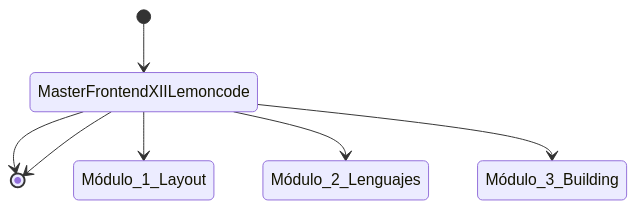
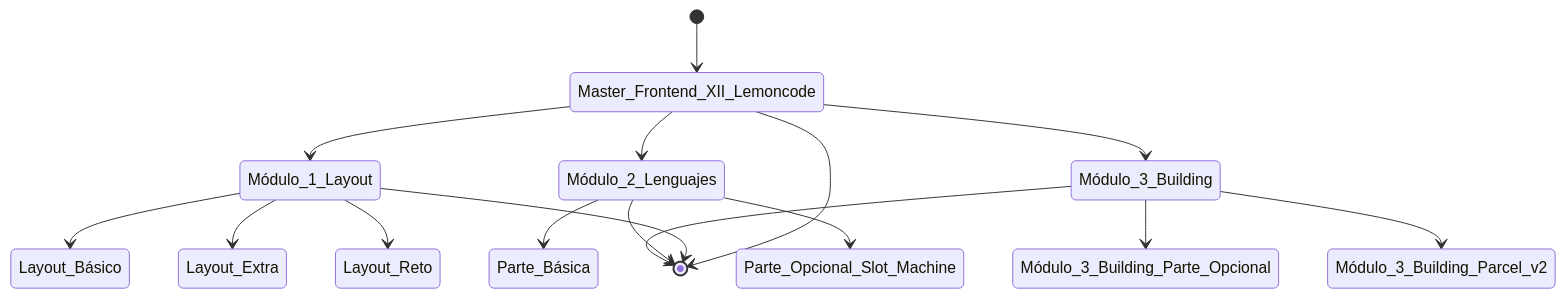
Before and after one commit to MiguelJiRo/Master-Frontend-XII-Lemoncode: the diagram in README.md, drawn with Mermaid.

````diff
--- a/README.md
+++ b/README.md
@@ -19,10 +19,19 @@
  ```mermaid
     stateDiagram
-        [*] --> MasterFrontendXIILemoncode
-        MasterFrontendXIILemoncode --> [*]
+        [*] --> Master_Frontend_XII_Lemoncode
+        Master_Frontend_XII_Lemoncode --> [*]
 
-        MasterFrontendXIILemoncode --> Módulo_1_Layout
-        MasterFrontendXIILemoncode --> Módulo_2_Lenguajes
-        MasterFrontendXIILemoncode --> Módulo_3_Building
-        MasterFrontendXIILemoncode --> [*]
+        Master_Frontend_XII_Lemoncode --> Módulo_1_Layout
+        Módulo_1_Layout --> Layout_Básico 
+        Módulo_1_Layout --> Layout_Extra  
+        Módulo_1_Layout --> Layout_Reto  
+        Master_Frontend_XII_Lemoncode --> Módulo_2_Lenguajes
+        Módulo_2_Lenguajes --> Parte_Básica 
+        Módulo_2_Lenguajes --> Parte_Opcional_Slot_Machine 
+        Master_Frontend_XII_Lemoncode --> Módulo_3_Building
+        Módulo_3_Building --> Módulo_3_Building_Parte_Opcional
+        Módulo_3_Building --> Módulo_3_Building_Parcel_v2
+        Módulo_1_Layout --> [*]
+        Módulo_2_Lenguajes --> [*]
+        Módulo_3_Building --> [*]
  ```
````
